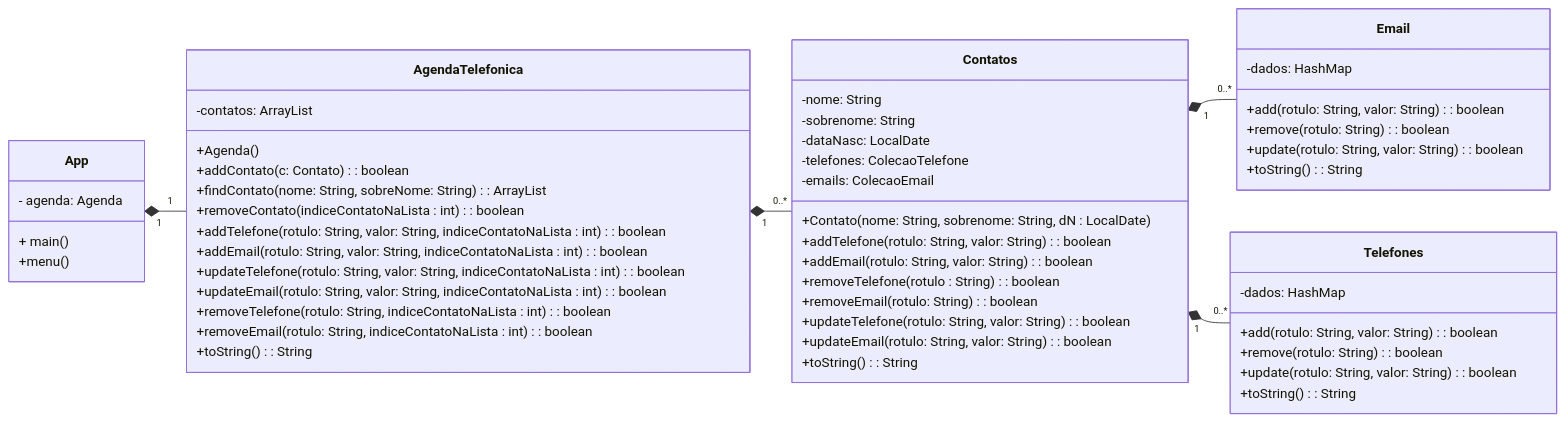
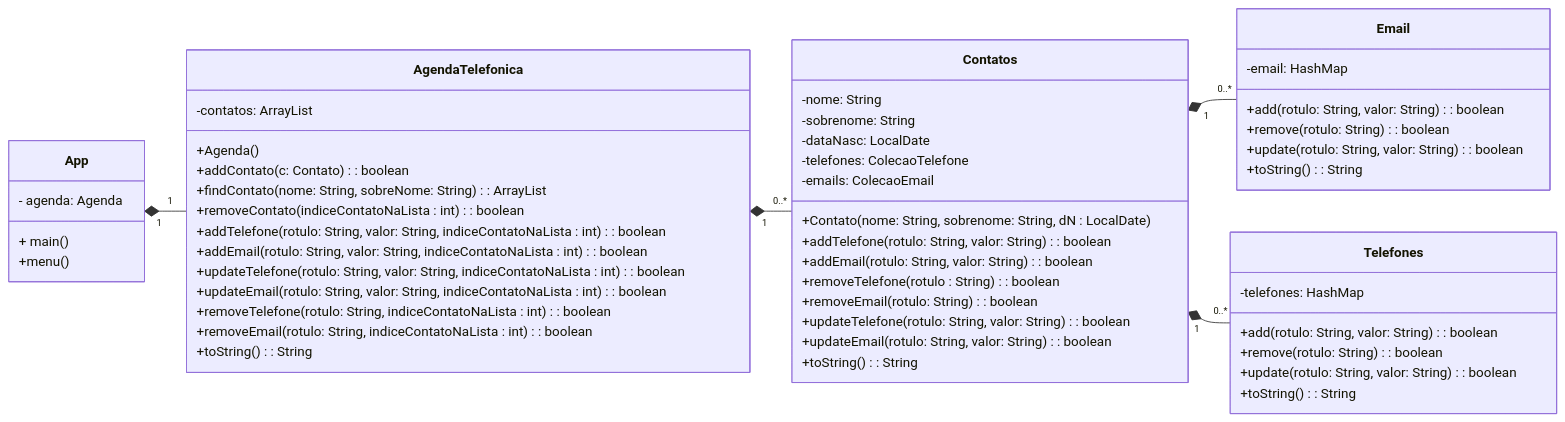
Before and after one commit to gaspanhol/POO: the diagram in aula-16/README.md, drawn with Mermaid. The commit also changed 6 other files, not shown here.

Commit message:
Inicio do exercício 16, feito classes de Email, Telefones e Contatos. pendente a classe inteira de AgendaTelefonica, App e fazer os toString de todas as classes

````diff
--- a/aula-16/README.md
+++ b/aula-16/README.md
@@ -5,65 +5,65 @@
 ```mermaid
 
 classDiagram
     
     direction LR
     
     App "1" *-- "1" AgendaTelefonica
     AgendaTelefonica "1" *-- "0..*" Contatos
     Contatos "1" *-- "0..*" Email
     Contatos "1" *-- "0..*" Telefones
     
     class App {
         - agenda: Agenda
         + main()
         +menu()
     }
     
     class AgendaTelefonica {
         -contatos: ArrayList<Contato>
         +Agenda()
         +addContato(c: Contato): boolean
         +findContato(nome: String, sobreNome: String): ArrayList<Contato>
         +removeContato(indiceContatoNaLista : int): boolean
         +addTelefone(rotulo: String, valor: String, indiceContatoNaLista : int): boolean
         +addEmail(rotulo: String, valor: String, indiceContatoNaLista : int): boolean
         +updateTelefone(rotulo: String, valor: String, indiceContatoNaLista : int): boolean
         +updateEmail(rotulo: String, valor: String, indiceContatoNaLista : int): boolean
         +removeTelefone(rotulo: String, indiceContatoNaLista : int): boolean
         +removeEmail(rotulo: String, indiceContatoNaLista : int): boolean
         +toString(): String
     }
     
     class Contatos {
         -nome: String
         -sobrenome: String
         -dataNasc: LocalDate
         -telefones: ColecaoTelefone
         -emails: ColecaoEmail
         +Contato(nome: String, sobrenome: String, dN : LocalDate)
         +addTelefone(rotulo: String, valor: String): boolean
         +addEmail(rotulo: String, valor: String): boolean
         +removeTelefone(rotulo : String): boolean
         +removeEmail(rotulo: String): boolean
         +updateTelefone(rotulo: String, valor: String): boolean
         +updateEmail(rotulo: String, valor: String): boolean
         +toString(): String
     }
     
     class Email {
-        -dados: HashMap<String><String>
+        -email: HashMap<String><String>
         +add(rotulo: String, valor: String): boolean
         +remove(rotulo: String): boolean
         +update(rotulo: String, valor: String): boolean
         +toString(): String
     }
     
     class Telefones {
-        -dados: HashMap<String><String>
+        -telefones: HashMap<String><String>
         +add(rotulo: String, valor: String): boolean
         +remove(rotulo: String): boolean
         +update(rotulo: String, valor: String): boolean
         +toString(): String
     }
     
 ```
````
